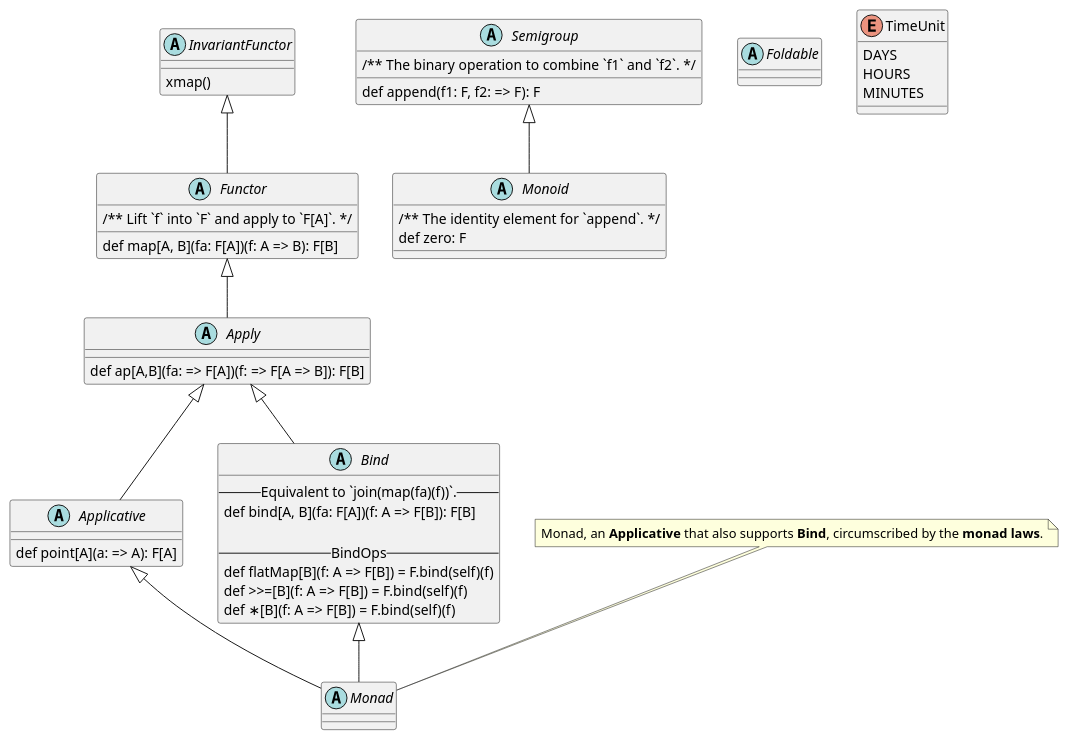
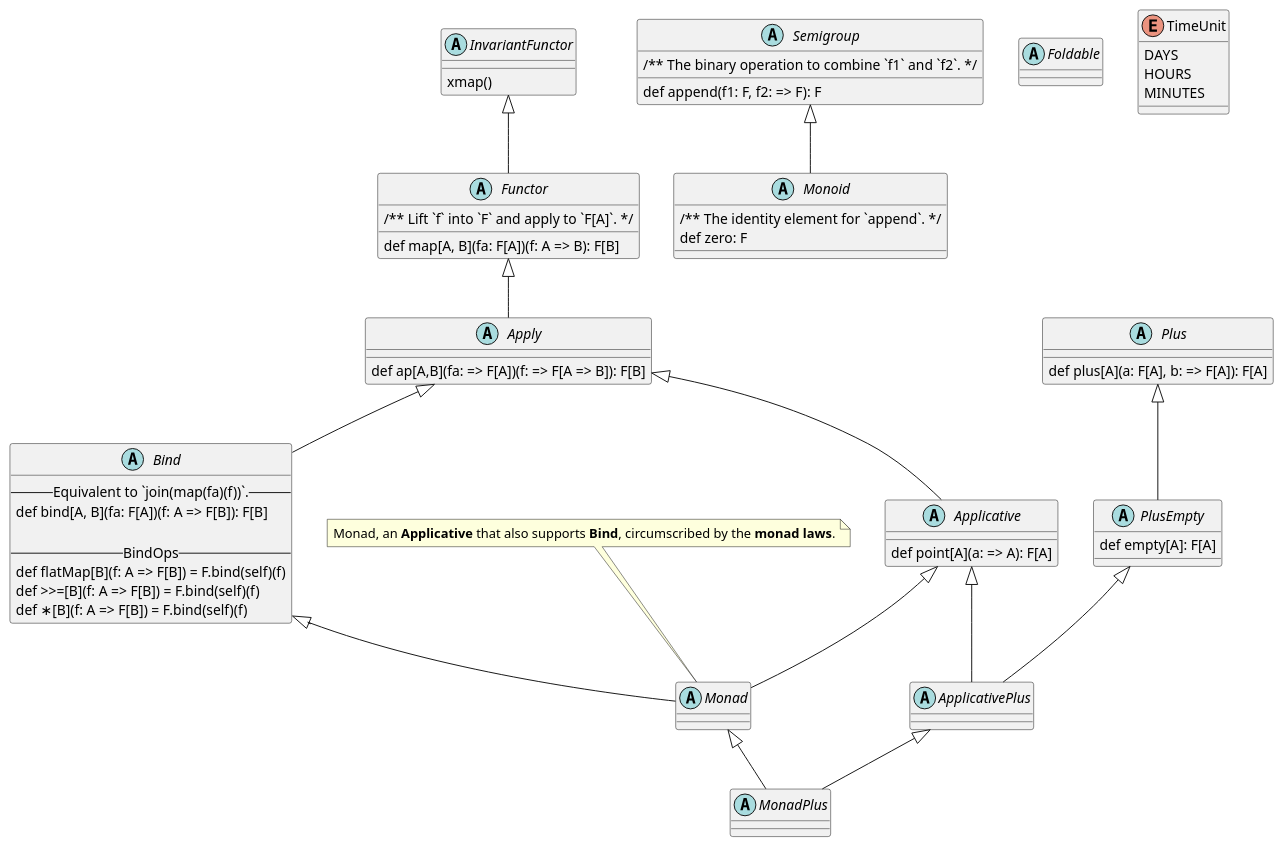
The diagram in imgs/scalaz.puml (zhenglaizhang/scala-mania), drawn with PlantUML before and after one commit. The commit also changed 1 other file, not shown here.

Commit message:
MonadPlus and Guard

```diff
--- a/imgs/scalaz.puml
+++ b/imgs/scalaz.puml
@@ -1,69 +1,92 @@
 @startuml
 
 abstract class InvariantFunctor {
     xmap()
 }
 abstract class Functor {
   /** Lift `f` into `F` and apply to `F[A]`. */
   def map[A, B](fa: F[A])(f: A => B): F[B]
 }
 
 abstract class Apply {
   def ap[A,B](fa: => F[A])(f: => F[A => B]): F[B]
 }
 abstract class Applicative {
   def point[A](a: => A): F[A]
 }
 
 
 abstract class Semigroup {
   /** The binary operation to combine `f1` and `f2`. */
   def append(f1: F, f2: => F): F
 }
 abstract class Monoid {
  /** The identity element for `append`. */
   def zero: F
 }
 
 Semigroup <|-- Monoid
 
 
 abstract class Monad {
 
 }
 
 note "Monad, an <b>Applicative</b> that also supports <b>Bind</b>, circumscribed by the <b>monad laws</b>." as NM
 NM..Monad
 
 
+abstract class MonadPlus {
+
+}
+
+abstract class ApplicativePlus {
+
+}
+
+abstract class PlusEmpty {
+  def empty[A]: F[A]
+}
+
+abstract class Plus {
+  def plus[A](a: F[A], b: => F[A]): F[A]
+}
+
+
+'Monad[F[_]] <|-- MonadPlus
+Monad <|-- MonadPlus
+ApplicativePlus <|-- MonadPlus
+Applicative <|-- ApplicativePlus
+PlusEmpty <|-- ApplicativePlus
+Plus <|-- PlusEmpty
 
 abstract class Foldable
 
 
 abstract class Bind {
  -- Equivalent to `join(map(fa)(f))`. --
   def bind[A, B](fa: F[A])(f: A => F[B]): F[B]
 
  -- BindOps --
    def flatMap[B](f: A => F[B]) = F.bind(self)(f)
    def >>=[B](f: A => F[B]) = F.bind(self)(f)
    def ∗[B](f: A => F[B]) = F.bind(self)(f)
 }
 
 Applicative <|-- Monad
 Bind <|-- Monad
 Apply <|-- Bind
 
 
 InvariantFunctor <|-- Functor
 Functor <|-- Apply
 Apply <|-- Applicative
 
 
 enum TimeUnit {
 DAYS
 HOURS
 MINUTES
 }
 
 @enduml
```
